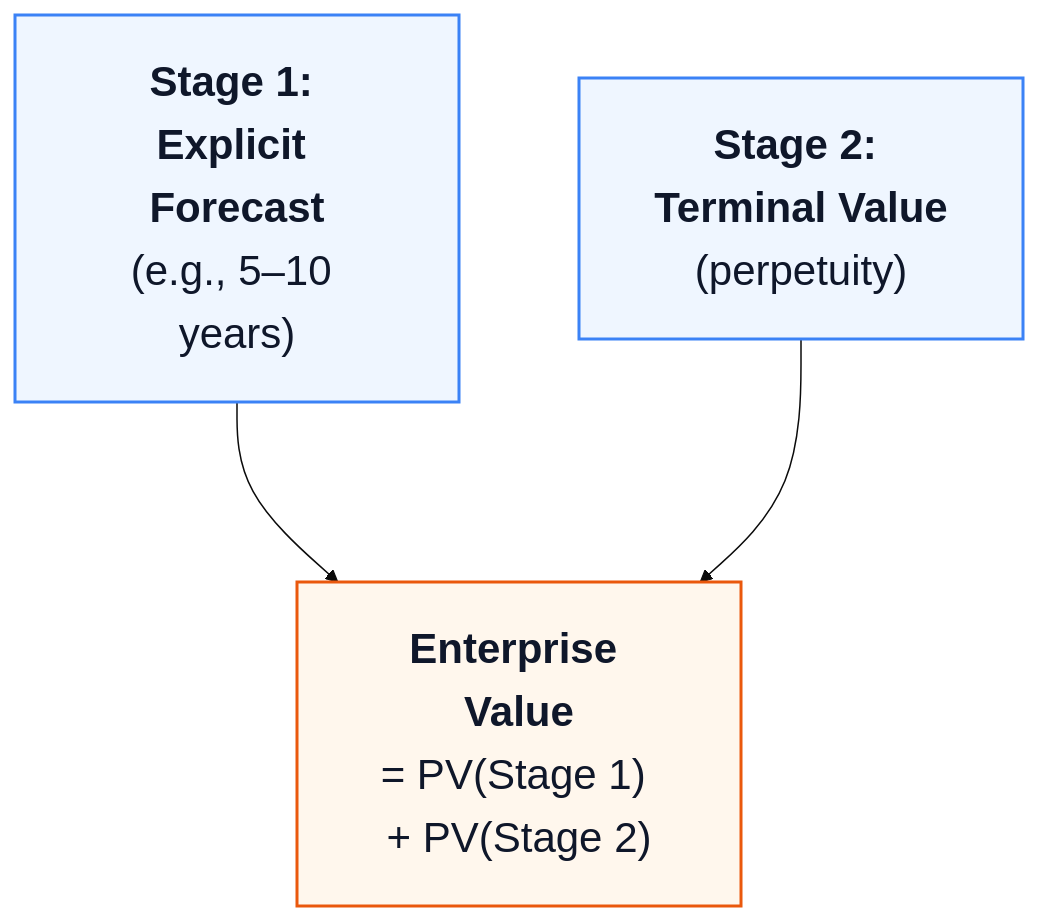
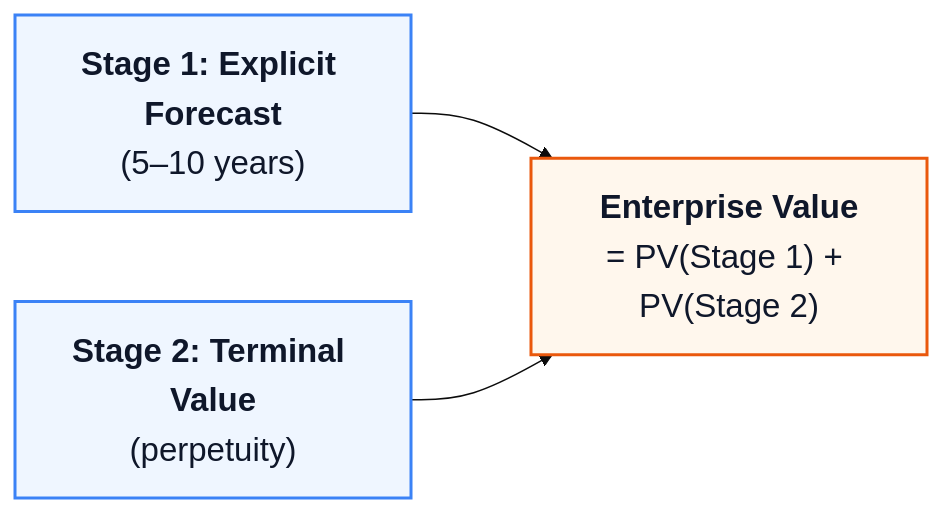
One commit to kerryback/mgmt675 changed the first of 2 diagrams in slides/m5-dcf.qmd. Above: the diagram before and after it, drawn with Mermaid. The commit also changed other lines of this file and 4 other files, not shown here.

````diff
--- a/slides/m5-dcf.qmd
+++ b/slides/m5-dcf.qmd
@@ -97,11 +95,11 @@
 ```{mermaid}
 %%| fig-width: 16
-%%{init: {'theme': 'base', 'themeVariables': {'fontSize': '28px'}, 'flowchart': {'nodeSpacing': 80, 'rankSpacing': 120, 'padding': 24, 'useMaxWidth': true}}}%%
-flowchart TD
-  S1["<b>Stage 1: Explicit Forecast</b><br>(e.g., 5–10 years)"] --> EV["<b>Enterprise Value</b><br>= PV(Stage 1) + PV(Stage 2)"]
+%%{init: {'theme': 'base', 'themeVariables': {'fontSize': '22px'}, 'flowchart': {'nodeSpacing': 60, 'rankSpacing': 80, 'padding': 16, 'useMaxWidth': true}}}%%
+flowchart LR
+  S1["<b>Stage 1: Explicit Forecast</b><br>(5–10 years)"] --> EV["<b>Enterprise Value</b><br>= PV(Stage 1) + PV(Stage 2)"]
   S2["<b>Stage 2: Terminal Value</b><br>(perpetuity)"] --> EV
 
-  style S1 fill:#eff6ff,stroke:#3b82f6,stroke-width:2px,color:#0f172a,font-size:28px,padding:24px
-  style S2 fill:#eff6ff,stroke:#3b82f6,stroke-width:2px,color:#0f172a,font-size:28px,padding:24px
-  style EV fill:#fff7ed,stroke:#ea580c,stroke-width:2px,color:#0f172a,font-size:28px,padding:24px
+  style S1 fill:#eff6ff,stroke:#3b82f6,stroke-width:2px,color:#0f172a,font-size:22px,padding:14px
+  style S2 fill:#eff6ff,stroke:#3b82f6,stroke-width:2px,color:#0f172a,font-size:22px,padding:14px
+  style EV fill:#fff7ed,stroke:#ea580c,stroke-width:2px,color:#0f172a,font-size:22px,padding:14px
 ```
````
